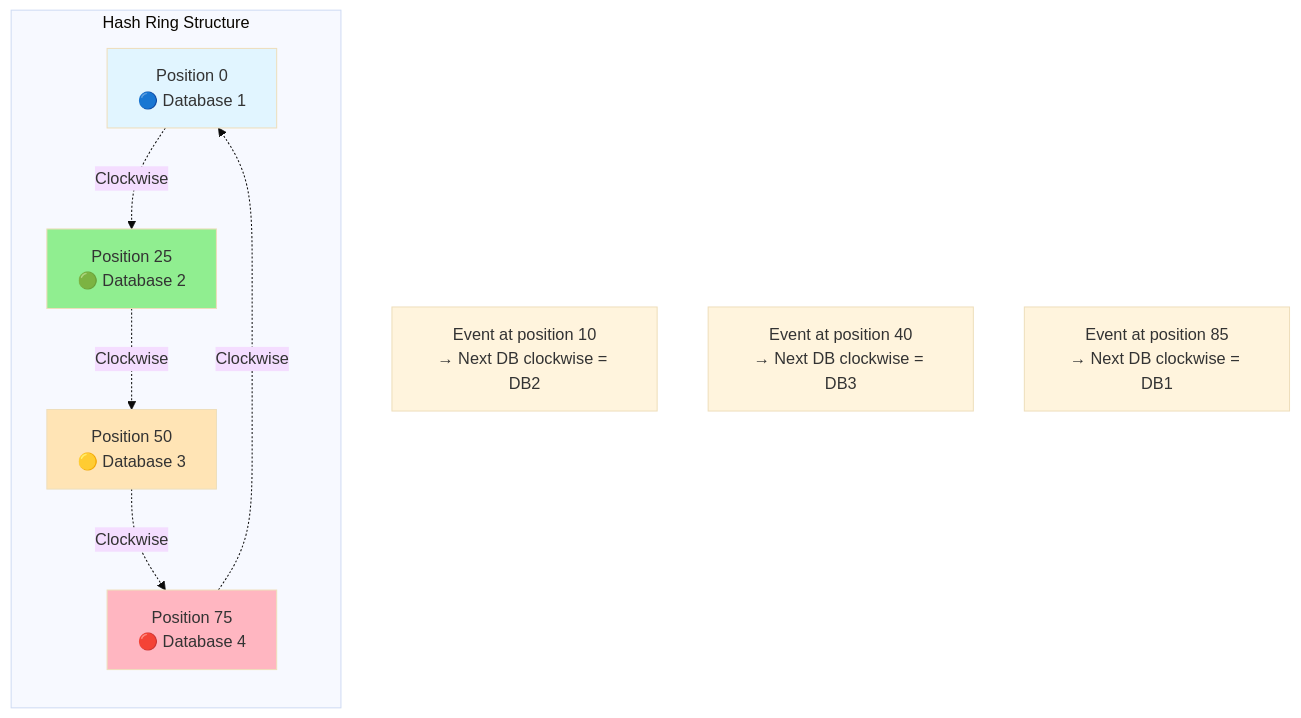
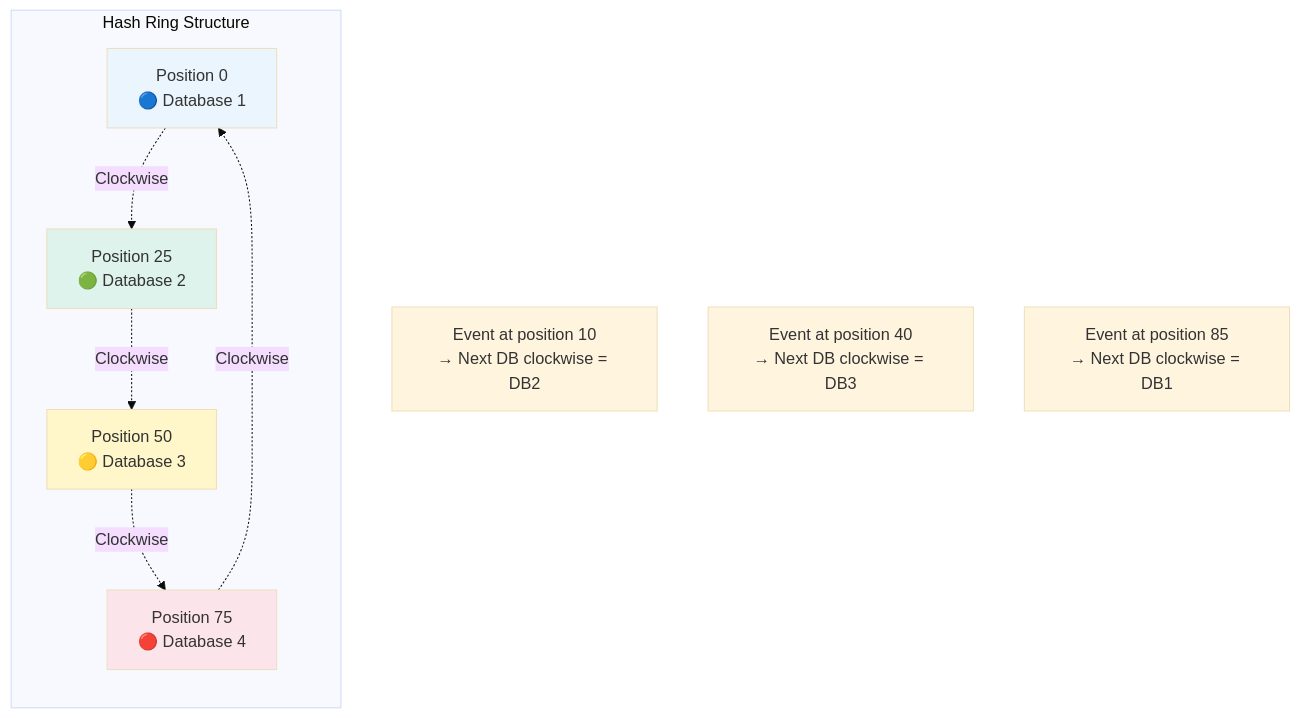
Diagram 12 of 34 in LLD/CoreConcepts/ConsistentHashing.md (cartmancodes/InterviewVault), drawn with Mermaid before and after one commit. The commit also changed other lines of this file and 679 other files, not shown here.

Commit message:
Unify content diagrams and add accessible visual walkthroughs

````diff
--- a/LLD/CoreConcepts/ConsistentHashing.md
+++ b/LLD/CoreConcepts/ConsistentHashing.md
@@ -300,26 +300,26 @@
 ```mermaid
 %%{init: {'theme':'base'}}%%
 graph TB
     subgraph "Hash Ring Structure"
         direction TB
         
         TOP["Position 0<br/>🔵 Database 1"]
         RIGHT["Position 25<br/>🟢 Database 2"]
         BOTTOM["Position 50<br/>🟡 Database 3"]
         LEFT["Position 75<br/>🔴 Database 4"]
         
         TOP -.->|Clockwise| RIGHT
         RIGHT -.->|Clockwise| BOTTOM
         BOTTOM -.->|Clockwise| LEFT
         LEFT -.->|Clockwise| TOP
     end
     
     E1[Event at position 10<br/>→ Next DB clockwise = DB2]
     E2[Event at position 40<br/>→ Next DB clockwise = DB3]
     E3[Event at position 85<br/>→ Next DB clockwise = DB1]
     
-    style TOP fill:#e1f5ff
-    style RIGHT fill:#90EE90
-    style BOTTOM fill:#FFE4B5
-    style LEFT fill:#FFB6C1
+    style TOP fill:#EAF5FD
+    style RIGHT fill:#DDF3EC
+    style BOTTOM fill:#FFF6C9
+    style LEFT fill:#FCE5EA
 ```
````
